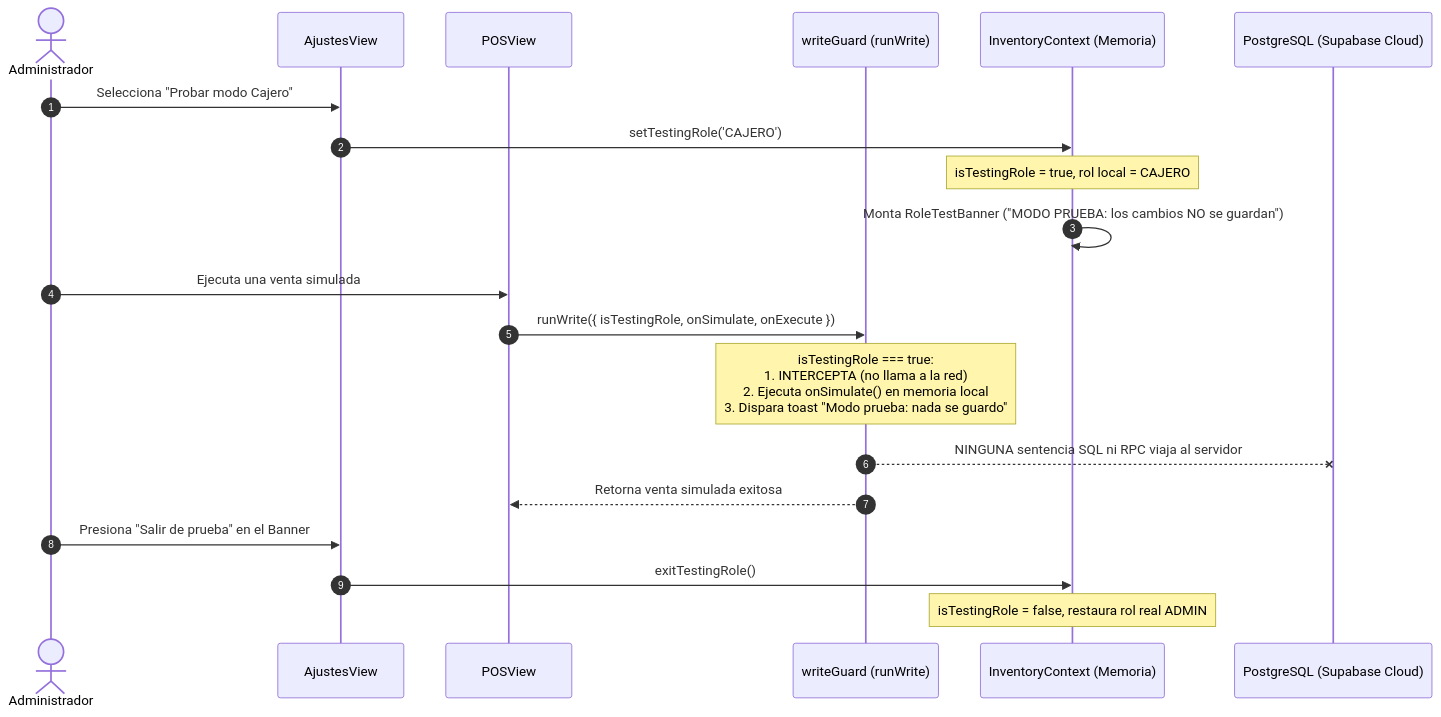
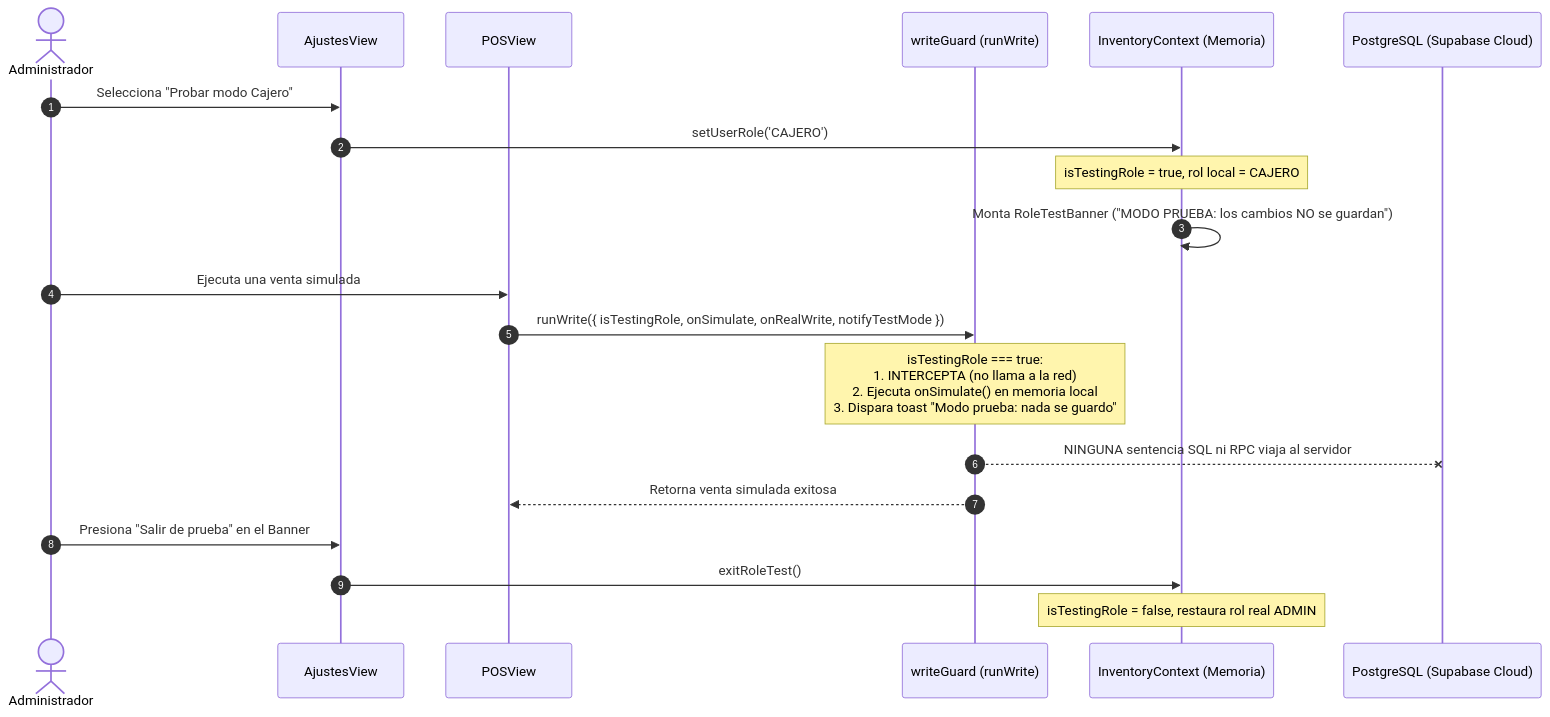
One commit to emircruzm/Rentabill changed the ninth of 9 diagrams in docs/documentacion/06-flujos.md. Above: the diagram before and after it, drawn with Mermaid. The commit also changed other lines of this file and 24 other files, not shown here.

````diff
--- a/docs/documentacion/06-flujos.md
+++ b/docs/documentacion/06-flujos.md
@@ -201,23 +201,23 @@
 ```mermaid
 sequenceDiagram
     autonumber
     actor Admin as Administrador
     participant Ajustes as AjustesView
     participant POS as POSView
     participant Guard as writeGuard (runWrite)
     participant State as InventoryContext (Memoria)
     participant DB as PostgreSQL (Supabase Cloud)
 
     Admin->>Ajustes: Selecciona "Probar modo Cajero"
-    Ajustes->>State: setTestingRole('CAJERO')
+    Ajustes->>State: setUserRole('CAJERO')
     Note over State: isTestingRole = true, rol local = CAJERO
     State->>State: Monta RoleTestBanner ("MODO PRUEBA: los cambios NO se guardan")
     Admin->>POS: Ejecuta una venta simulada
-    POS->>Guard: runWrite({ isTestingRole, onSimulate, onExecute })
+    POS->>Guard: runWrite({ isTestingRole, onSimulate, onRealWrite, notifyTestMode })
     Note over Guard: isTestingRole === true:<br/>1. INTERCEPTA (no llama a la red)<br/>2. Ejecuta onSimulate() en memoria local<br/>3. Dispara toast "Modo prueba: nada se guardo"
     Guard--xDB: NINGUNA sentencia SQL ni RPC viaja al servidor
     Guard-->>POS: Retorna venta simulada exitosa
     Admin->>Ajustes: Presiona "Salir de prueba" en el Banner
-    Ajustes->>State: exitTestingRole()
+    Ajustes->>State: exitRoleTest()
     Note over State: isTestingRole = false, restaura rol real ADMIN
 ```
````
